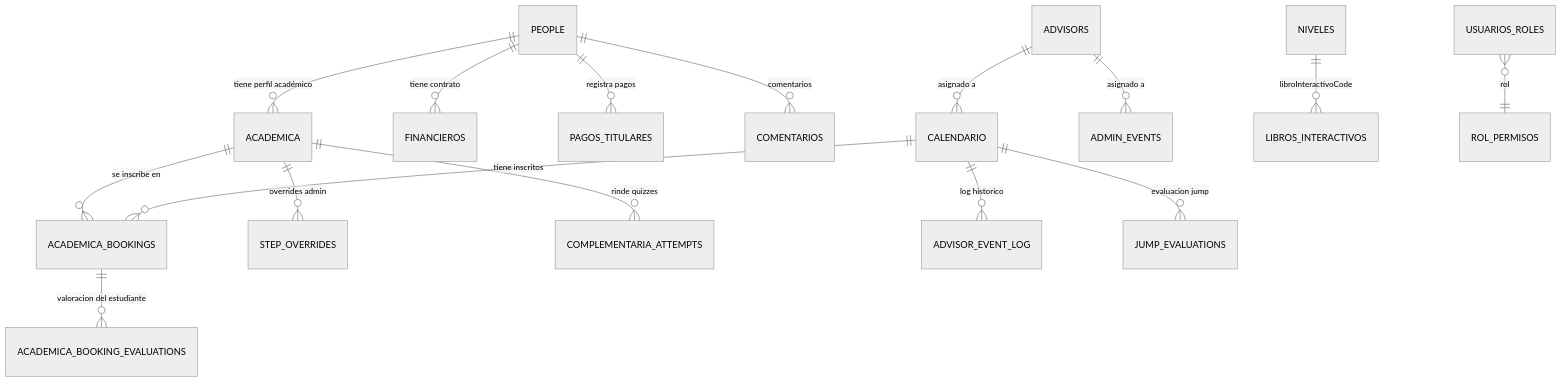
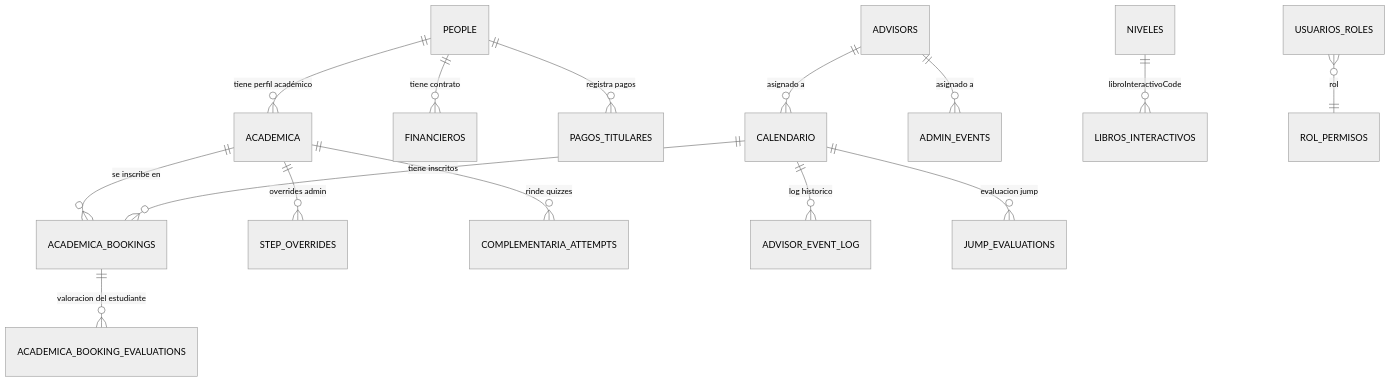
The third of 4 diagrams in docs/ARCHITECTURE.md (dtalero78/LGS2026), drawn with Mermaid (neutral theme) before and after one commit. The commit also changed other lines of this file and 3 other files, not shown here.

````diff
--- a/docs/ARCHITECTURE.md
+++ b/docs/ARCHITECTURE.md
@@ -148,18 +148,17 @@
 ```mermaid
 erDiagram
   PEOPLE ||--o{ ACADEMICA : "tiene perfil académico"
   PEOPLE ||--o{ FINANCIEROS : "tiene contrato"
   PEOPLE ||--o{ PAGOS_TITULARES : "registra pagos"
-  PEOPLE ||--o{ COMENTARIOS : "comentarios"
   ACADEMICA ||--o{ ACADEMICA_BOOKINGS : "se inscribe en"
   ACADEMICA ||--o{ STEP_OVERRIDES : "overrides admin"
   ACADEMICA ||--o{ COMPLEMENTARIA_ATTEMPTS : "rinde quizzes"
   CALENDARIO ||--o{ ACADEMICA_BOOKINGS : "tiene inscritos"
   CALENDARIO ||--o{ ADVISOR_EVENT_LOG : "log historico"
   CALENDARIO ||--o{ JUMP_EVALUATIONS : "evaluacion jump"
   ACADEMICA_BOOKINGS ||--o{ ACADEMICA_BOOKING_EVALUATIONS : "valoracion del estudiante"
   ADVISORS ||--o{ CALENDARIO : "asignado a"
   ADVISORS ||--o{ ADMIN_EVENTS : "asignado a"
   NIVELES ||--o{ LIBROS_INTERACTIVOS : "libroInteractivoCode"
   USUARIOS_ROLES }o--|| ROL_PERMISOS : "rol"
 ```
````
